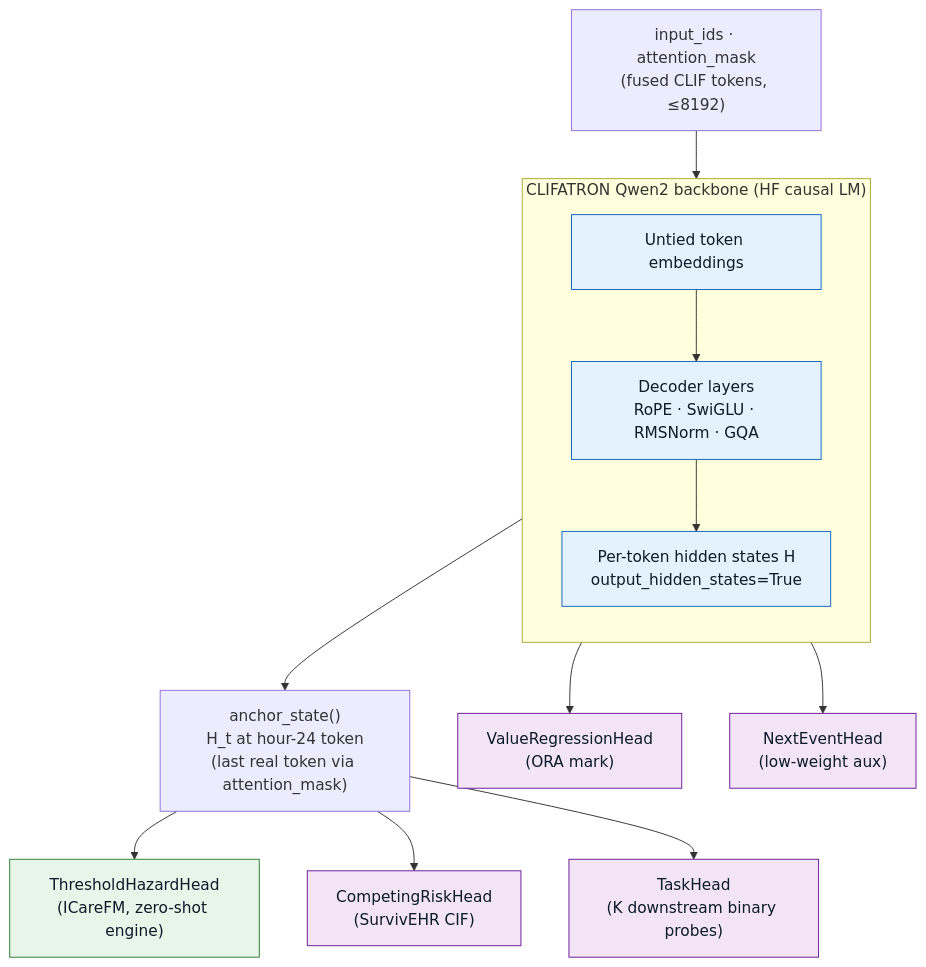
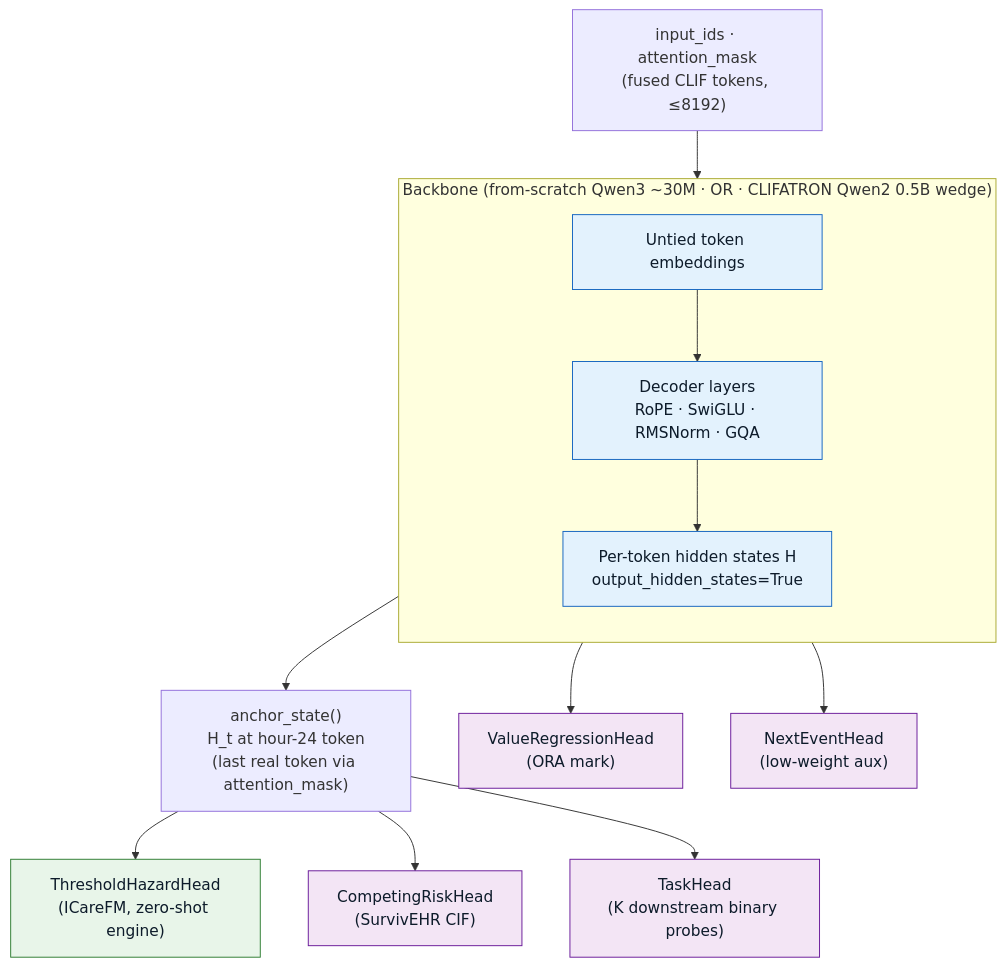
Before and after one commit to sajor2000/clifatron2.0: the first of 4 diagrams in website/docs/architecture.md, drawn with Mermaid. The commit also changed other lines of this file and 9 other files, not shown here.

````diff
--- a/website/docs/architecture.md
+++ b/website/docs/architecture.md
@@ -23,25 +31,25 @@
 ```mermaid
 flowchart TB
     IN["input_ids · attention_mask<br/>(fused CLIF tokens, ≤8192)"] --> BB
 
-    subgraph BB["CLIFATRON Qwen2 backbone (HF causal LM)"]
+    subgraph BB["Backbone (from-scratch Qwen3 ~30M · OR · CLIFATRON Qwen2 0.5B wedge)"]
         direction TB
         EMB["Untied token embeddings"] --> L1["Decoder layers<br/>RoPE · SwiGLU · RMSNorm · GQA"]
         L1 --> HS["Per-token hidden states H<br/>output_hidden_states=True"]
     end
 
     HS --> ANCH["anchor_state()<br/>H_t at hour-24 token<br/>(last real token via attention_mask)"]
 
     ANCH --> TH["ThresholdHazardHead<br/>(ICareFM, zero-shot engine)"]
     ANCH --> CR["CompetingRiskHead<br/>(SurvivEHR CIF)"]
     HS --> VR["ValueRegressionHead<br/>(ORA mark)"]
     HS --> NE["NextEventHead<br/>(low-weight aux)"]
     ANCH --> TK["TaskHead<br/>(K downstream binary probes)"]
 
     classDef bb fill:#e3f2fd,stroke:#1565c0,color:#0d1b2a;
     classDef head fill:#f3e5f5,stroke:#6a1b9a,color:#0d1b2a;
     classDef primary fill:#e8f5e9,stroke:#2e7d32,color:#0d1b2a;
     class EMB,L1,HS bb;
     class CR,VR,NE,TK head;
     class TH primary;
 ```
````
